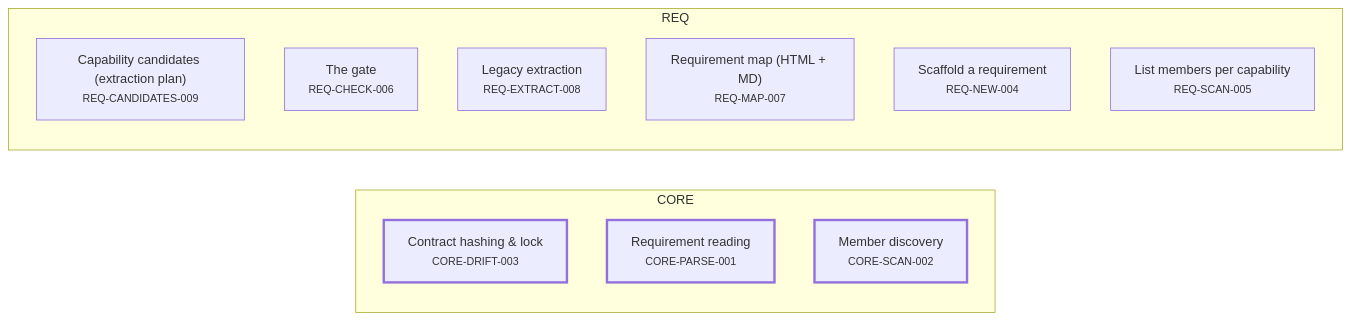
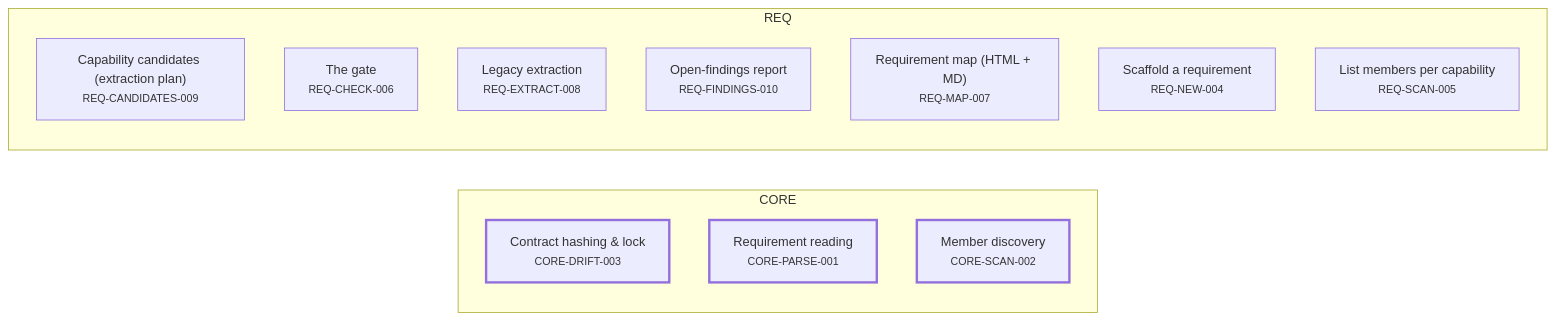
The first of 4 diagrams in plugin/requirements/_map.md (alxmax/Requirement-manager), drawn with Mermaid before and after one commit. The commit also changed other lines of this file and 9 other files, not shown here.

First line of the commit message:
feat(reqmap): add findings command — aggregate + triage open verify-intent items

````diff
--- a/plugin/requirements/_map.md
+++ b/plugin/requirements/_map.md
@@ -13,19 +13,20 @@
 ```mermaid
 graph LR
   subgraph sg_CORE["CORE"]
     CORE_DRIFT_003["Contract hashing & lock<br><small>CORE-DRIFT-003</small>"]
     CORE_PARSE_001["Requirement reading<br><small>CORE-PARSE-001</small>"]
     CORE_SCAN_002["Member discovery<br><small>CORE-SCAN-002</small>"]
   end
   subgraph sg_REQ["REQ"]
     REQ_CANDIDATES_009["Capability candidates (extraction plan)<br><small>REQ-CANDIDATES-009</small>"]
     REQ_CHECK_006["The gate<br><small>REQ-CHECK-006</small>"]
     REQ_EXTRACT_008["Legacy extraction<br><small>REQ-EXTRACT-008</small>"]
+    REQ_FINDINGS_010["Open-findings report<br><small>REQ-FINDINGS-010</small>"]
     REQ_MAP_007["Requirement map (HTML + MD)<br><small>REQ-MAP-007</small>"]
     REQ_NEW_004["Scaffold a requirement<br><small>REQ-NEW-004</small>"]
     REQ_SCAN_005["List members per capability<br><small>REQ-SCAN-005</small>"]
   end
   style CORE_DRIFT_003 stroke-width:3px
   style CORE_PARSE_001 stroke-width:3px
   style CORE_SCAN_002 stroke-width:3px
 ```
````
